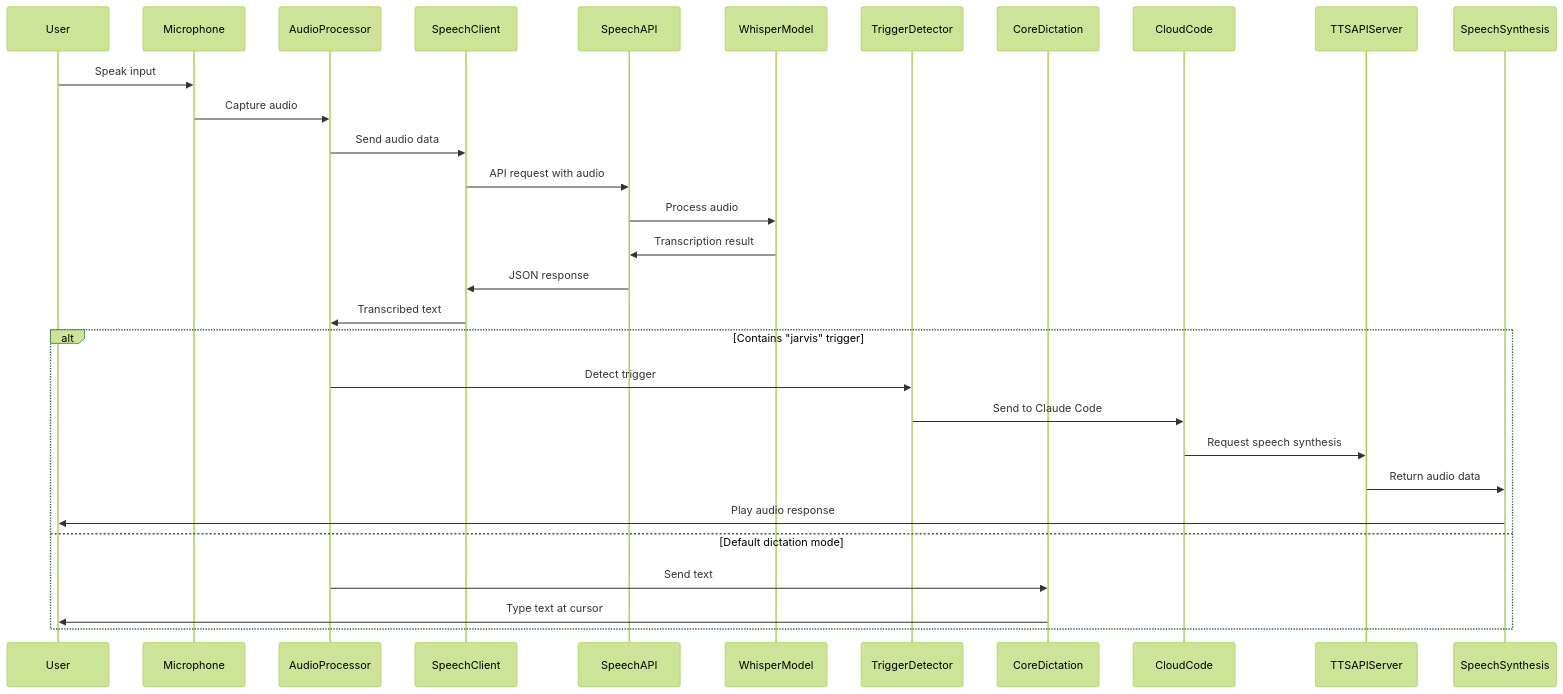
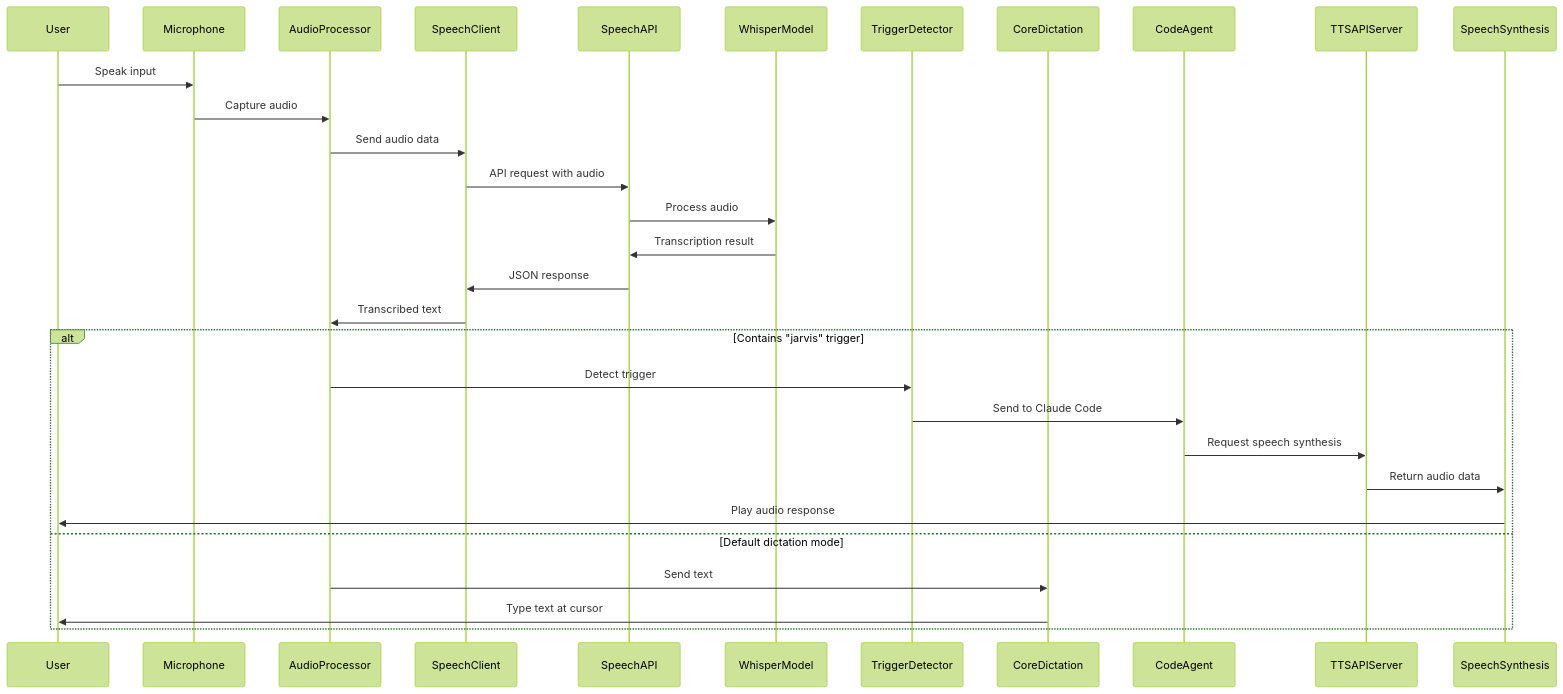
One commit to 0xrin1/whisper-yabai-mac-os-x changed the fourth of 5 diagrams in docs/ARCHITECTURE.md. Above: the diagram before and after it, drawn with Mermaid (forest theme). The commit also changed other lines of this file and 5 other files, not shown here.

First line of the commit message:
Refactor: Rename cloud_code.py to code_agent.py

````diff
--- a/docs/ARCHITECTURE.md
+++ b/docs/ARCHITECTURE.md
@@ -182,34 +182,34 @@
 ```mermaid
 sequenceDiagram
     participant User
     participant Microphone
     participant AudioProcessor
     participant SpeechClient
     participant SpeechAPI
     participant WhisperModel
     participant TriggerDetector
     participant CoreDictation
-    participant CloudCode
+    participant CodeAgent
     participant TTSAPIServer
     participant SpeechSynthesis
 
     User->>Microphone: Speak input
     Microphone->>AudioProcessor: Capture audio
     AudioProcessor->>SpeechClient: Send audio data
     SpeechClient->>SpeechAPI: API request with audio
     SpeechAPI->>WhisperModel: Process audio
     WhisperModel->>SpeechAPI: Transcription result
     SpeechAPI->>SpeechClient: JSON response
     SpeechClient->>AudioProcessor: Transcribed text
 
     alt Contains "jarvis" trigger
         AudioProcessor->>TriggerDetector: Detect trigger
-        TriggerDetector->>CloudCode: Send to Claude Code
-        CloudCode->>TTSAPIServer: Request speech synthesis
+        TriggerDetector->>CodeAgent: Send to Claude Code
+        CodeAgent->>TTSAPIServer: Request speech synthesis
         TTSAPIServer->>SpeechSynthesis: Return audio data
         SpeechSynthesis->>User: Play audio response
     else Default dictation mode
         AudioProcessor->>CoreDictation: Send text
         CoreDictation->>User: Type text at cursor
     end
 ```
````
